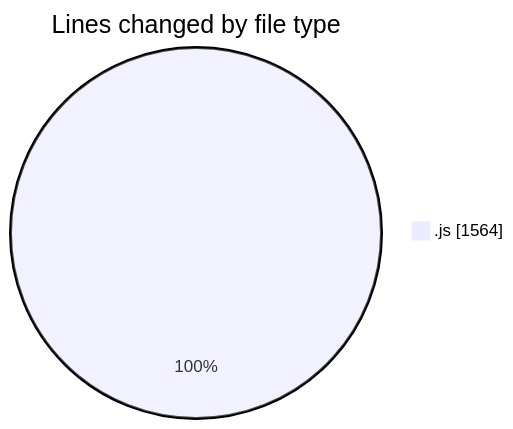
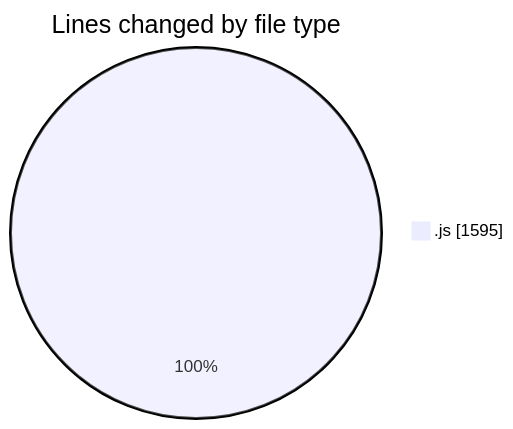
One commit to Ritupan-Deka/code-tracking changed the first of 2 diagrams in 2025-08-04/javascript/README.md. Above: the diagram before and after it, drawn with Mermaid. The commit also changed other lines of this file and 1 other file, not shown here.

````diff
--- a/2025-08-04/javascript/README.md
+++ b/2025-08-04/javascript/README.md
@@ -21,5 +21,5 @@
 ```mermaid
 pie showData
 title Lines changed by file type
-".js" : 1564
+".js" : 1595
 ```
````
